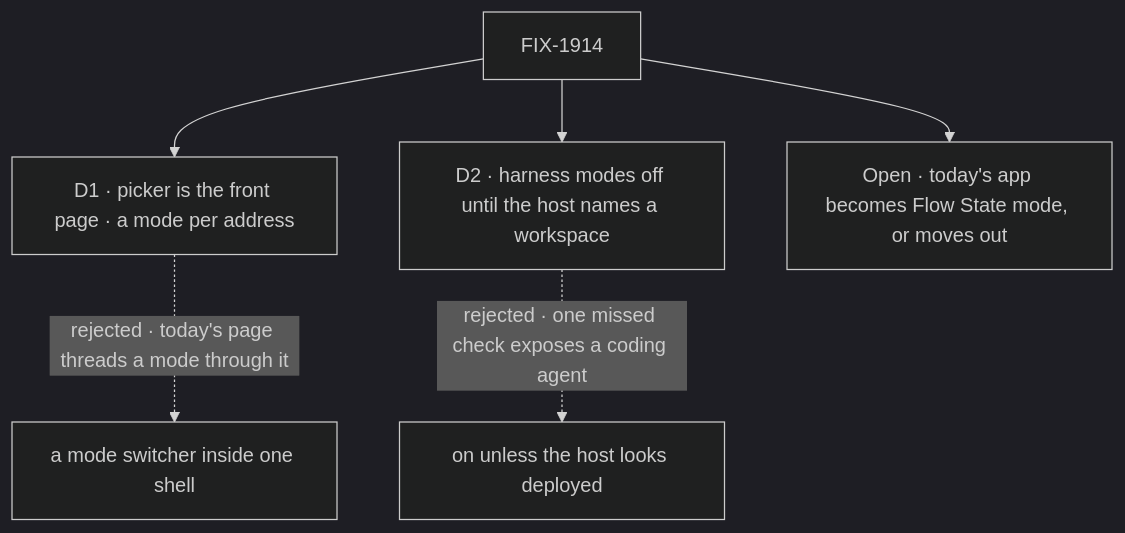
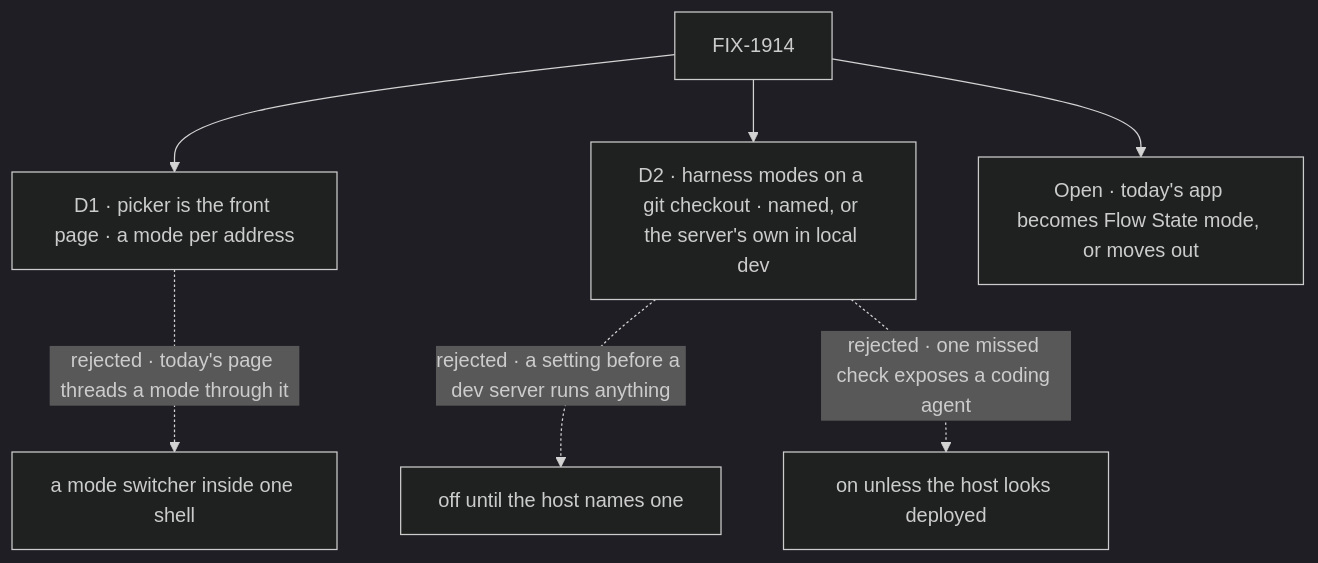
Before and after one commit to fixpoint-labs/flow-state-dev: the diagram in specs/issues/FIX-1914/DECISIONS.md, drawn with Mermaid (dark theme). The commit also changed other lines of this file and 6 other files, not shown here.

First line of the commit message:
spec(FIX-1914): round 2, align the harness gate with FIX-1915's repository setting

````diff
--- a/specs/issues/FIX-1914/DECISIONS.md
+++ b/specs/issues/FIX-1914/DECISIONS.md
@@ -10,8 +10,9 @@
 ```mermaid
 flowchart TD
   I["FIX-1914"] --> D1["D1 · picker is the front page · a mode per address"]
   D1 -.->|"rejected · today's page threads a mode through it"| X1["a mode switcher inside one shell"]
-  I --> D2["D2 · harness modes off until the host names a workspace"]
+  I --> D2["D2 · harness modes on a git checkout · named, or the server's own in local dev"]
+  D2 -.->|"rejected · a setting before a dev server runs anything"| X2b["off until the host names one"]
   D2 -.->|"rejected · one missed check exposes a coding agent"| X2["on unless the host looks deployed"]
   I --> Q["Open · today's app becomes Flow State mode, or moves out"]
 ```
````
